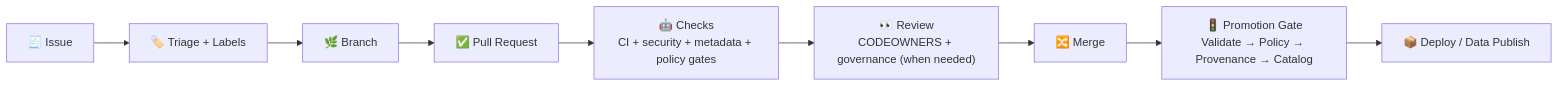
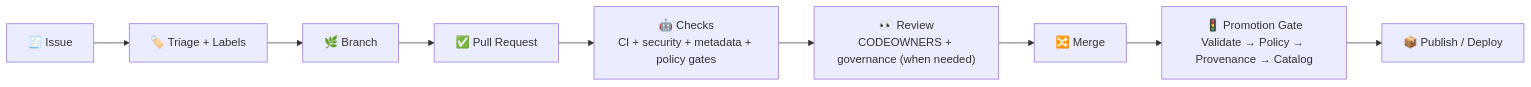
Before and after one commit to bartytime4life/Kansas-Frontier-Matrix: the second of 4 diagrams in .github/README.md, drawn with Mermaid. The commit also changed other lines of this file, not shown here.

````diff
--- a/.github/README.md
+++ b/.github/README.md
@@ -219,11 +229,11 @@
 ```mermaid
 flowchart LR
   I["🧾 Issue"] --> T["🏷️ Triage + Labels"]
   T --> B["🌿 Branch"]
   B --> P["✅ Pull Request"]
   P --> C["🤖 Checks<br/>CI + security + metadata + policy gates"]
   C --> R["👀 Review<br/>CODEOWNERS + governance (when needed)"]
   R --> M["🔀 Merge"]
   M --> G["🚦 Promotion Gate<br/>Validate → Policy → Provenance → Catalog"]
-  G --> D["📦 Deploy / Data Publish"]
+  G --> D["📦 Publish / Deploy"]
 ```
````
